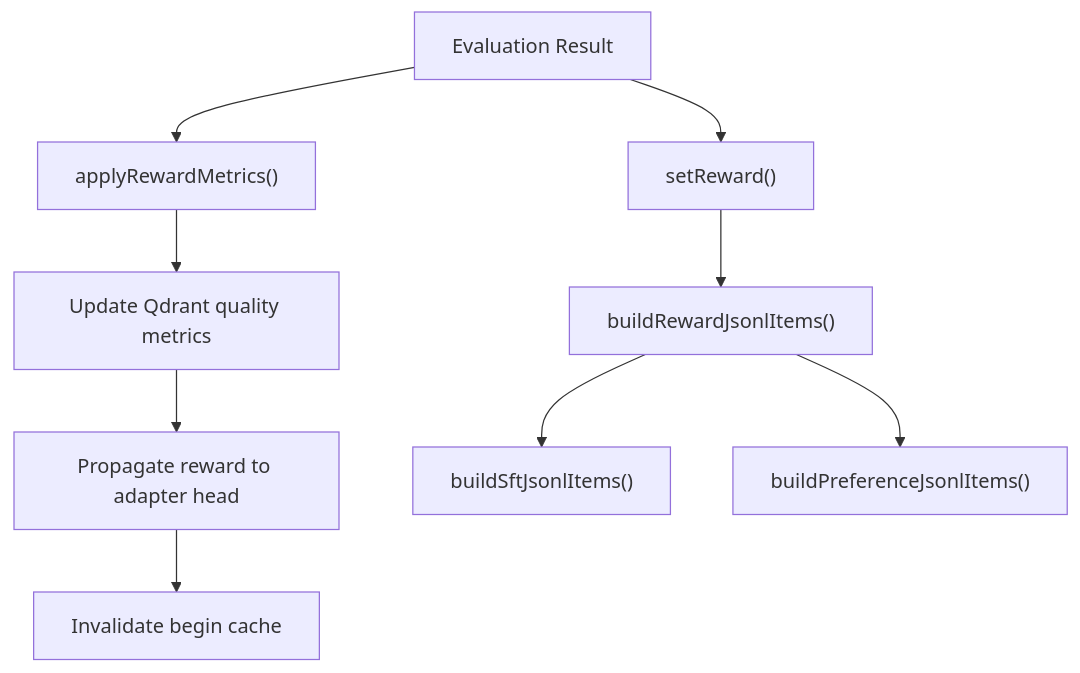
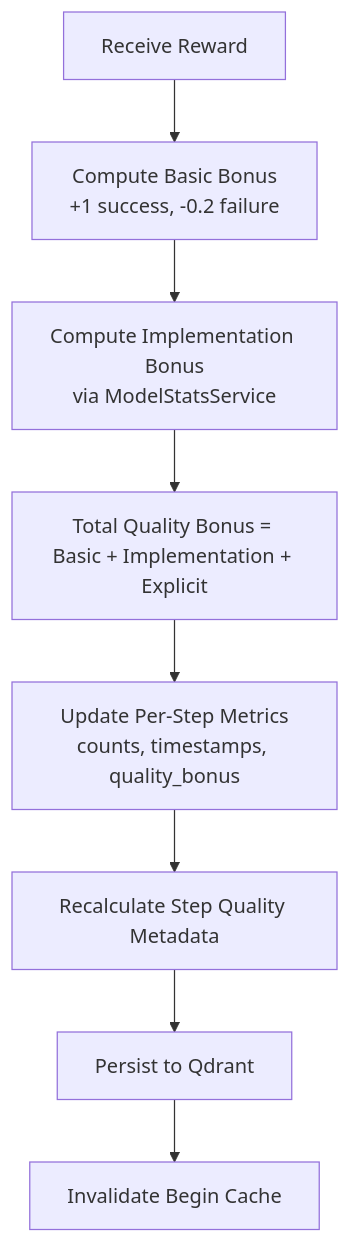
One commit to SquadRules/mcp changed the fourth of 7 diagrams in .qoder/repowiki/en/content/MCP Tools Reference/Reward Tool.md. Above: the diagram before and after it, drawn with Mermaid. The commit also changed other lines of this file and 553 other files, not shown here.

````diff
--- a/.qoder/repowiki/en/content/MCP Tools Reference/Reward Tool.md
+++ b/.qoder/repowiki/en/content/MCP Tools Reference/Reward Tool.md
@@ -222,11 +260,10 @@
 ```mermaid
 flowchart TD
-Evaluated["Evaluation Result"] --> PersistMetrics["applyRewardMetrics()"]
-PersistMetrics --> UpdateQdrant["Update Qdrant quality metrics"]
-UpdateQdrant --> Propagate["Propagate reward to adapter head"]
-Propagate --> InvalidateCache["Invalidate begin cache"]
-Evaluated --> PersistTrace["setReward()"]
-PersistTrace --> ExportJsonl["buildRewardJsonlItems()"]
-ExportJsonl --> SftExport["buildSftJsonlItems()"]
-ExportJsonl --> PrefExport["buildPreferenceJsonlItems()"]
+A["Receive Reward"] --> B["Compute Basic Bonus<br/>+1 success, -0.2 failure"]
+B --> C["Compute Implementation Bonus<br/>via ModelStatsService"]
+C --> D["Total Quality Bonus = Basic + Implementation + Explicit"]
+D --> E["Update Per-Step Metrics<br/>counts, timestamps, quality_bonus"]
+E --> F["Recalculate Step Quality Metadata"]
+F --> G["Persist to Qdrant"]
+G --> H["Invalidate Begin Cache"]
 ```
````
